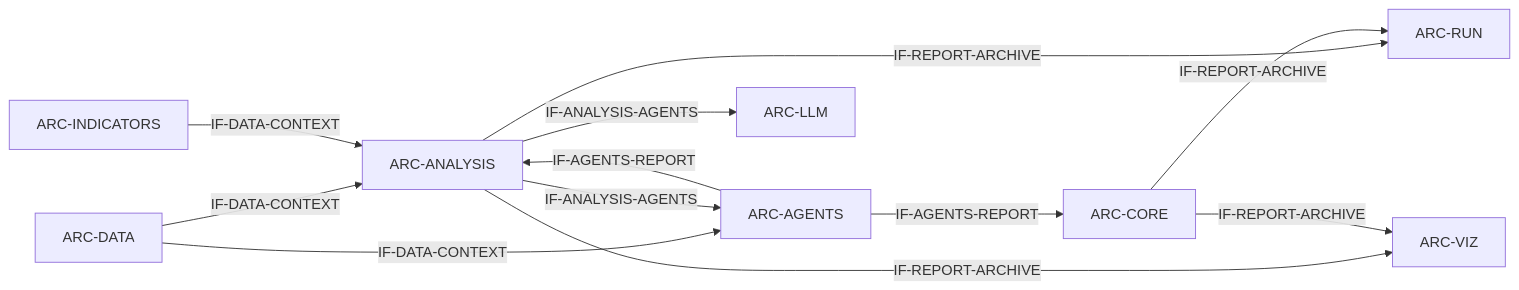
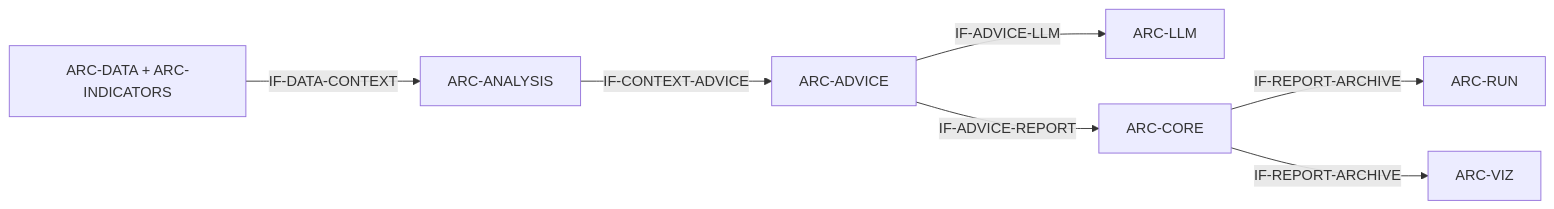
The fifth of 5 diagrams in docs/aspice/SWE.2-architecture/software-architecture.md (vbqx/GoldAnalysisAI), drawn with Mermaid before and after one commit. The commit also changed other lines of this file and 71 other files, not shown here.

````diff
--- a/docs/aspice/SWE.2-architecture/software-architecture.md
+++ b/docs/aspice/SWE.2-architecture/software-architecture.md
@@ -158,14 +89,9 @@
 ```mermaid
 flowchart LR
-  DATA["ARC-DATA"] -->|IF-DATA-CONTEXT| ANALYSIS["ARC-ANALYSIS"]
-  IND["ARC-INDICATORS"] -->|IF-DATA-CONTEXT| ANALYSIS
-  DATA -->|IF-DATA-CONTEXT| AGENTS["ARC-AGENTS"]
-  ANALYSIS -->|IF-ANALYSIS-AGENTS| AGENTS
-  ANALYSIS -->|IF-ANALYSIS-AGENTS| LLM["ARC-LLM"]
-  AGENTS -->|IF-AGENTS-REPORT| ANALYSIS
-  AGENTS -->|IF-AGENTS-REPORT| CORE["ARC-CORE"]
-  ANALYSIS -->|IF-REPORT-ARCHIVE| RUN["ARC-RUN"]
-  CORE -->|IF-REPORT-ARCHIVE| RUN
-  ANALYSIS -->|IF-REPORT-ARCHIVE| VIZ["ARC-VIZ"]
-  CORE -->|IF-REPORT-ARCHIVE| VIZ
+  DATA["ARC-DATA + ARC-INDICATORS"] -->|IF-DATA-CONTEXT| ANA["ARC-ANALYSIS"]
+  ANA -->|IF-CONTEXT-ADVICE| ADV["ARC-ADVICE"]
+  ADV -->|IF-ADVICE-LLM| LLM["ARC-LLM"]
+  ADV -->|IF-ADVICE-REPORT| CORE["ARC-CORE"]
+  CORE -->|IF-REPORT-ARCHIVE| RUN["ARC-RUN"]
+  CORE -->|IF-REPORT-ARCHIVE| VIZ["ARC-VIZ"]
 ```
````
